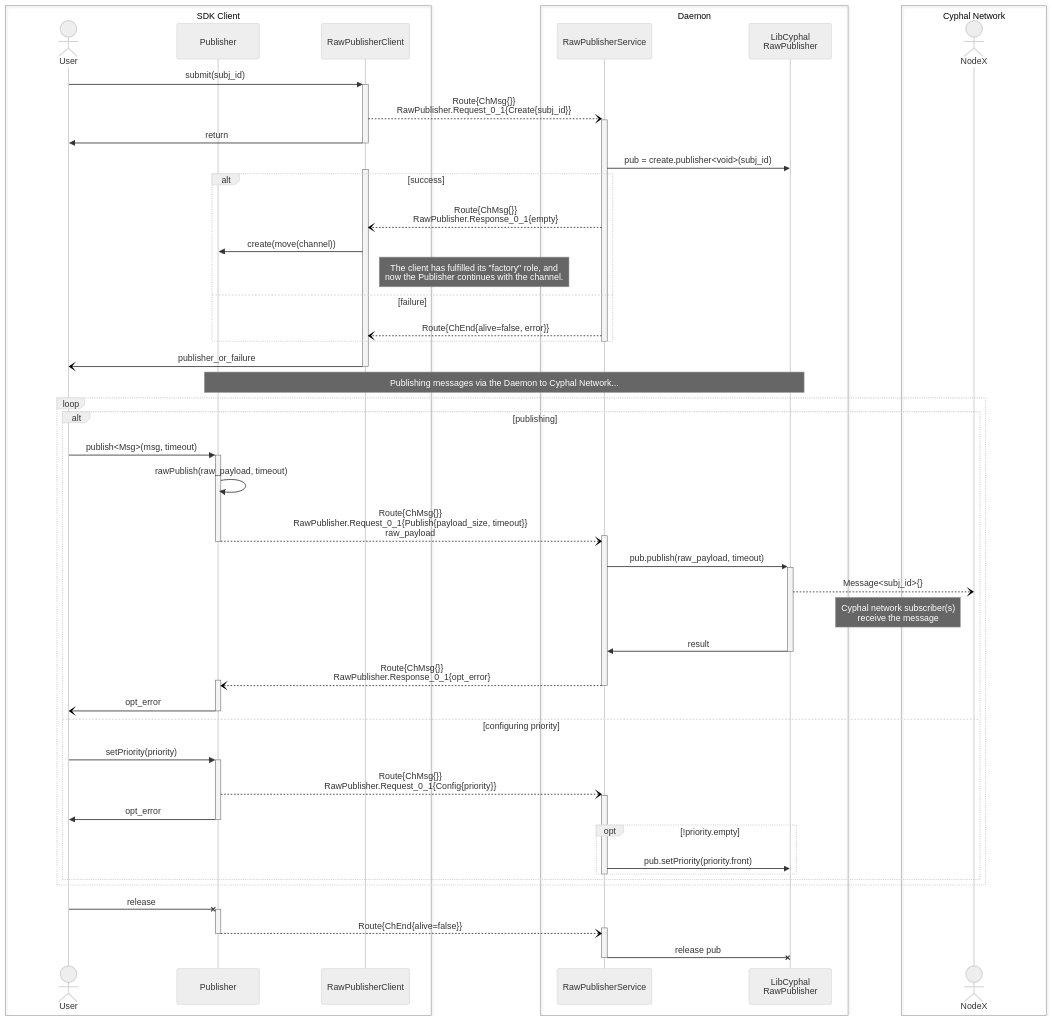
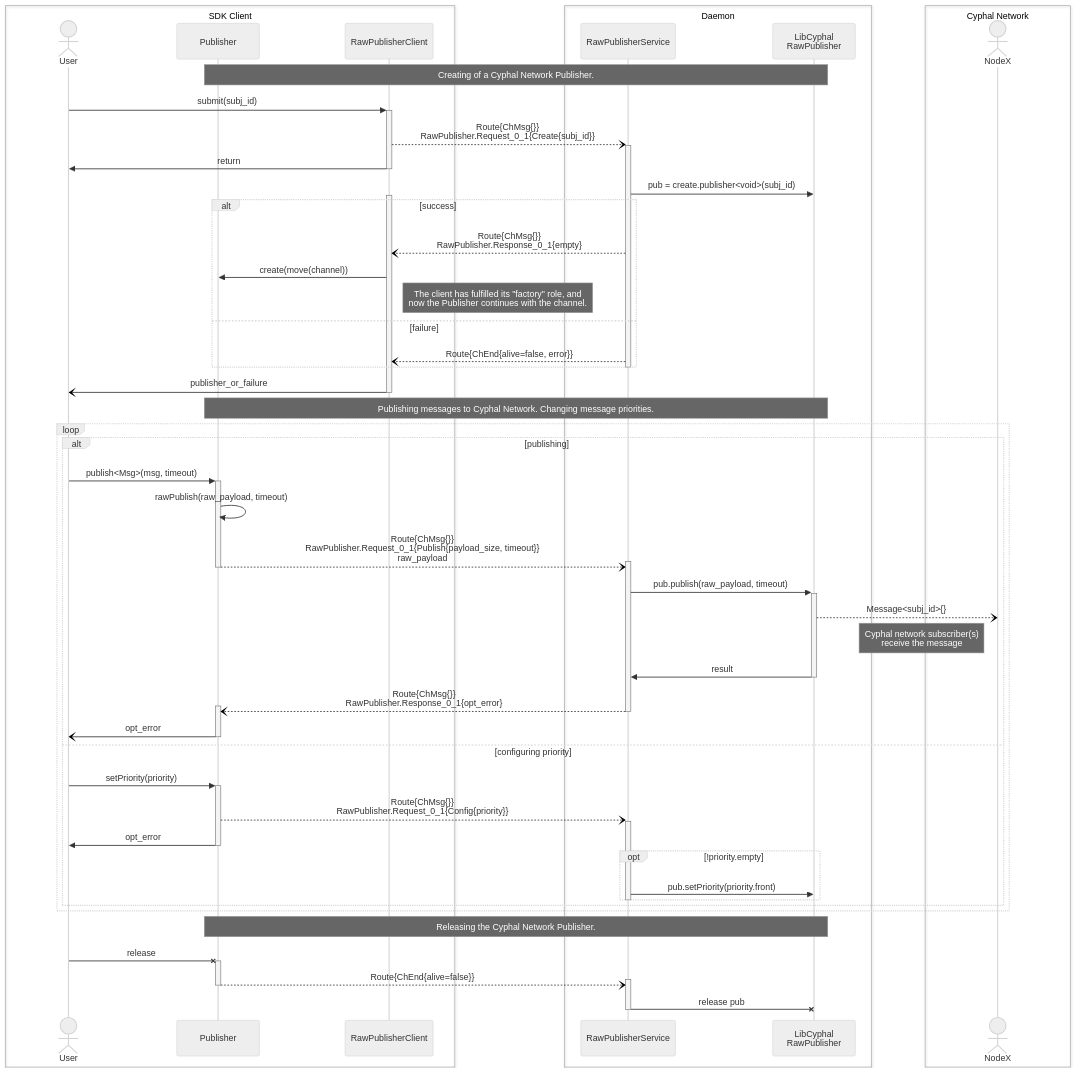
One commit to OpenCyphal-Garage/ocvsmd changed the fourth of 4 diagrams in docs/svc_design.md. Above: the diagram before and after it, drawn with Mermaid (neutral theme).

Commit message:
minor changes

````diff
--- a/docs/svc_design.md
+++ b/docs/svc_design.md
@@ -296,69 +296,71 @@
 ```mermaid
 sequenceDiagram
     actor User
     participant Publisher
     participant RawPublisherClient
     participant RawPublisherService
     participant CyPublisher as LibCyphal<br/>RawPublisher
     actor NodeX
 
+    Note over Publisher, CyPublisher: Creating of a Cyphal Network Publisher.
     User ->>+ RawPublisherClient: submit(subj_id)
     RawPublisherClient --)+ RawPublisherService: Route{ChMsg{}}<br/>RawPublisher.Request_0_1{Create{subj_id}}
     RawPublisherClient ->>- User : return
     
     RawPublisherService ->> CyPublisher: pub = create.publisher<void>(subj_id)
     activate RawPublisherClient
     alt success
         RawPublisherService --) RawPublisherClient: Route{ChMsg{}}<br/>RawPublisher.Response_0_1{empty}
         RawPublisherClient ->> Publisher: create(move(channel))
         Note right of RawPublisherClient: The client has fulfilled its "factory" role, and<br/>now the Publisher continues with the channel.
     else failure
         RawPublisherService --) RawPublisherClient: Route{ChEnd{alive=false, error}}
     end
     deactivate RawPublisherService
     RawPublisherClient -)- User: publisher_or_failure
     
-    Note over Publisher, CyPublisher: Publishing messages via the Daemon to Cyphal Network...
+    Note over Publisher, CyPublisher: Publishing messages to Cyphal Network. Changing message priorities.
     loop
         alt publishing
             User ->>+ Publisher: publish<Msg>(msg, timeout)
             Publisher ->> Publisher: rawPublish(raw_payload, timeout)
             Publisher --)+ RawPublisherService: Route{ChMsg{}}<br/>RawPublisher.Request_0_1{Publish{payload_size, timeout}}<br/>raw_payload
             deactivate Publisher
             RawPublisherService ->>+ CyPublisher: pub.publish(raw_payload, timeout)
             CyPublisher --) NodeX: Message<subj_id>{}
             Note left of NodeX: Cyphal network subscriber(s)<br/>receive the message
             CyPublisher ->>- RawPublisherService: result
             RawPublisherService --)+ Publisher: Route{ChMsg{}}<br/>RawPublisher.Response_0_1{opt_error}
             deactivate RawPublisherService
             Publisher -)- User: opt_error
         else configuring priority
             User ->>+ Publisher: setPriority(priority)
             Publisher --)+ RawPublisherService: Route{ChMsg{}}<br/>RawPublisher.Request_0_1{Config{priority}}
             Publisher ->>- User: opt_error
             opt !priority.empty
                 RawPublisherService ->> CyPublisher: pub.setPriority(priority.front)
             end
             deactivate RawPublisherService
         end
     end
-    
+
+    Note over Publisher, CyPublisher: Releasing the Cyphal Network Publisher.
     User -x+ Publisher: release
     Publisher --)+ RawPublisherService: Route{ChEnd{alive=false}}
     deactivate Publisher
     RawPublisherService -x CyPublisher: release pub
     deactivate RawPublisherService
 
     box SDK Client
         actor User
         participant Publisher
         participant RawPublisherClient
     end
     box Daemon
         participant RawPublisherService
         participant CyPublisher
     end
     box Cyphal Network
         actor NodeX
     end
 ```
````
